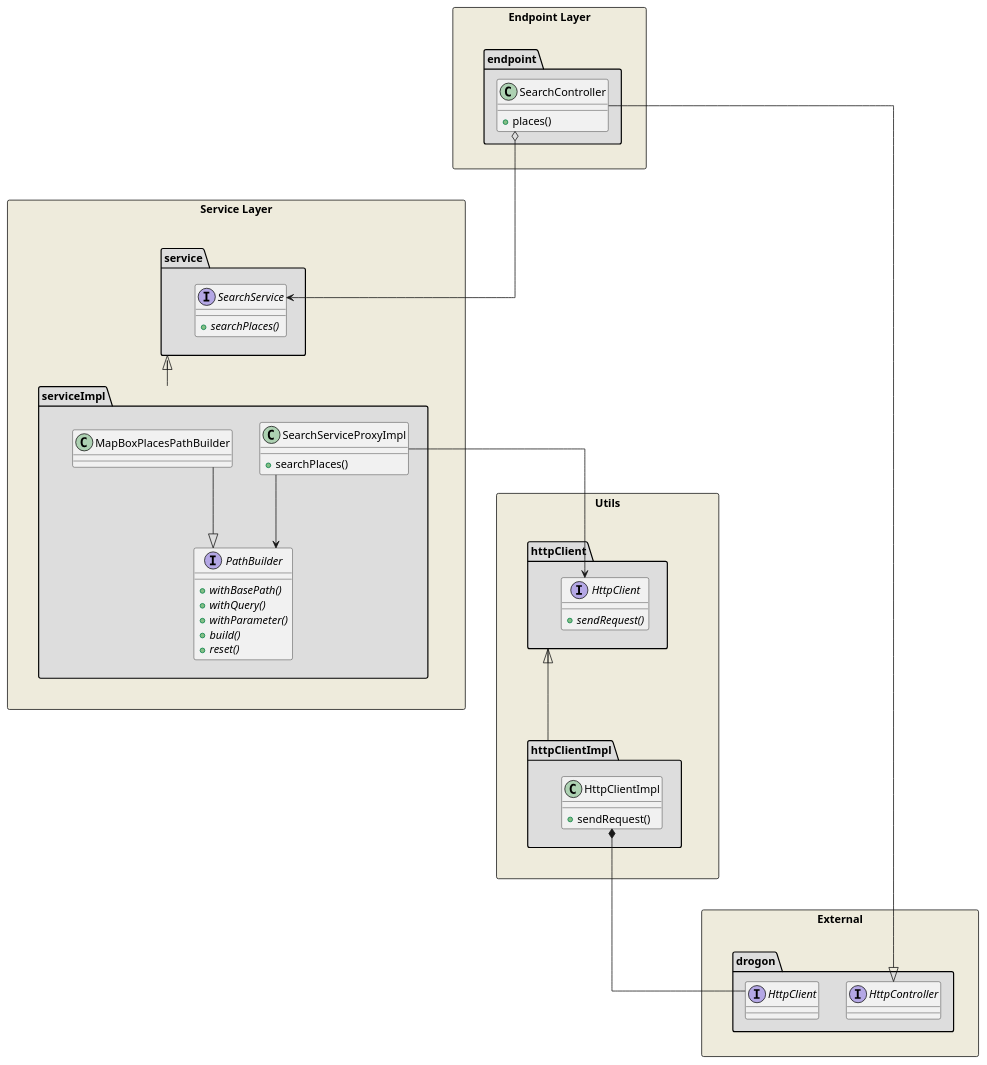
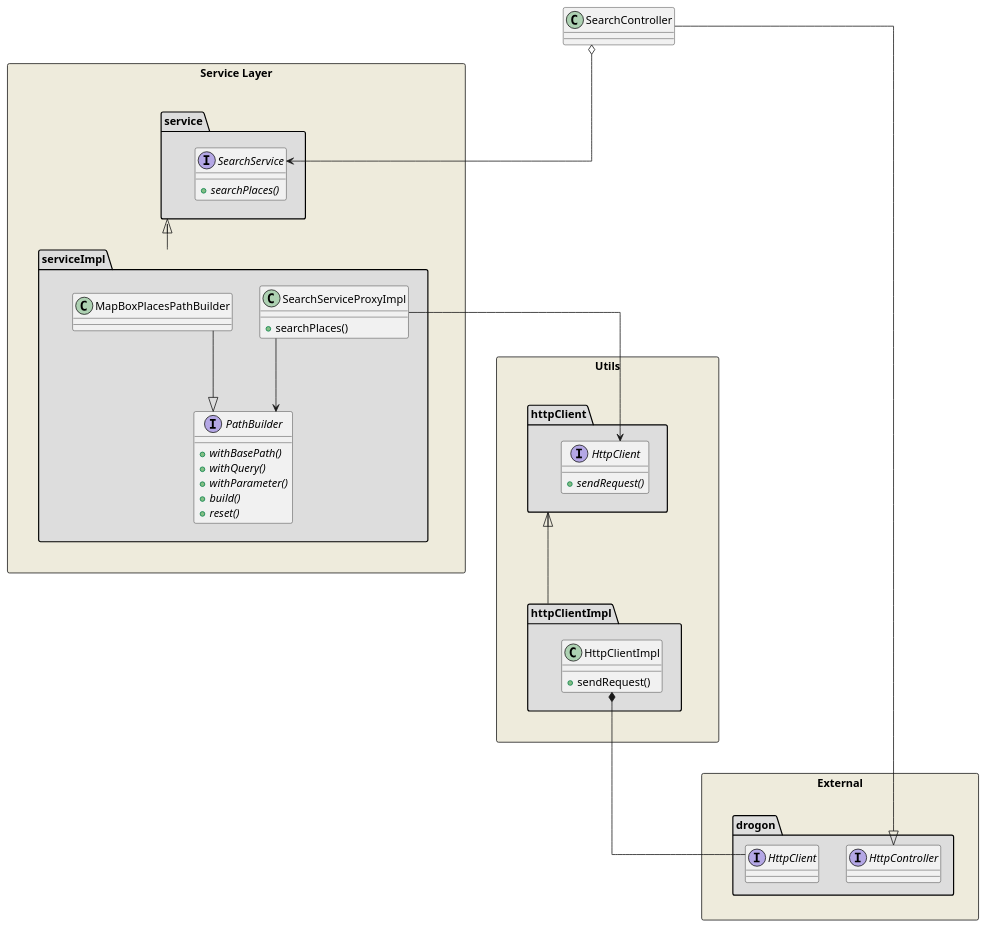
The diagram in class_diagram.plantuml (danimihalca/map_app_search_service), drawn with PlantUML before and after one commit. The commit also changed 8 other files, not shown here.

```diff
--- a/class_diagram.plantuml
+++ b/class_diagram.plantuml
@@ -1,102 +1,93 @@
 @startuml Class Diagram
 
 skinparam linetype ortho
 
 skinparam package {
     BackgroundColor #DDDDDD
-}
-
-rectangle "Endpoint Layer" as endpoint_layer #EEEBDC {
-    package endpoint {
-        class SearchController {
-            +places()
-        }
-    }
 }
 
 rectangle "Service Layer" as service_layer #EEEBDC {
     ' Main service
     package service {
         interface SearchService {
             {abstract} +searchPlaces()
         }
     }
 
     package serviceImpl {
         interface PathBuilder {
             {abstract} +withBasePath()
             {abstract} +withQuery()
             {abstract} +withParameter()
             {abstract} +build()
             {abstract} +reset()
         }
         class MapBoxPlacesPathBuilder
 
         class SearchServiceProxyImpl {
             +searchPlaces()
         }
 
         MapBoxPlacesPathBuilder --|> PathBuilder
         SearchServiceProxyImpl --> PathBuilder
    }
 
     ' Relations
     serviceImpl::SearchServiceProxyImpl --|> service::SearchService
 
     ' Alignment
     service -[hidden]down- serviceImpl
 
 
 
 }
 
 rectangle "Utils" as utils_layer #EEEBDC {
     ' HTTP Client
     package httpClient {
         interface HttpClient {
             {abstract} +sendRequest()
         }
 
 
     }
 
     package httpClientImpl {
         class HttpClientImpl {
             +sendRequest()
         }
 
     }
 
     ' Relations
     httpClientImpl::HttpClientImpl --|> httpClient::HttpClient
 
     ' Alignment
     httpClient -[hidden]down- httpClientImpl
 }
 
 
 ' External dependencies
 rectangle "External" as external_layer #EEEBDC{
     package drogon {
         interface HttpController
         interface DrogonHttpClient as "HttpClient"
     }
 }
 
 
 ' Relations
 SearchController --|> HttpController
 SearchController o--> SearchService
 
 SearchServiceProxyImpl --> HttpClient
 
 HttpClientImpl *-- DrogonHttpClient
 
 
 ' Alignment
-endpoint_layer -[hidden]down- service_layer
 service_layer -[hidden]down- external_layer
 utils_layer -[hidden]right- external_layer
 
 
 @enduml
```
